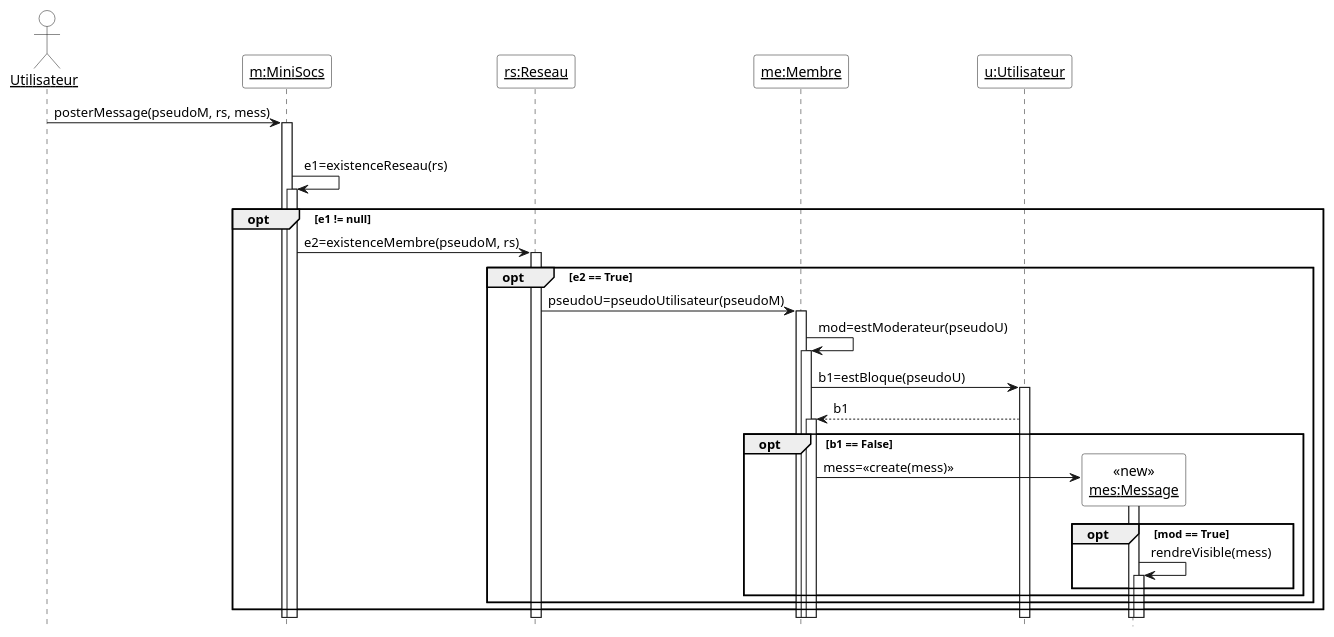
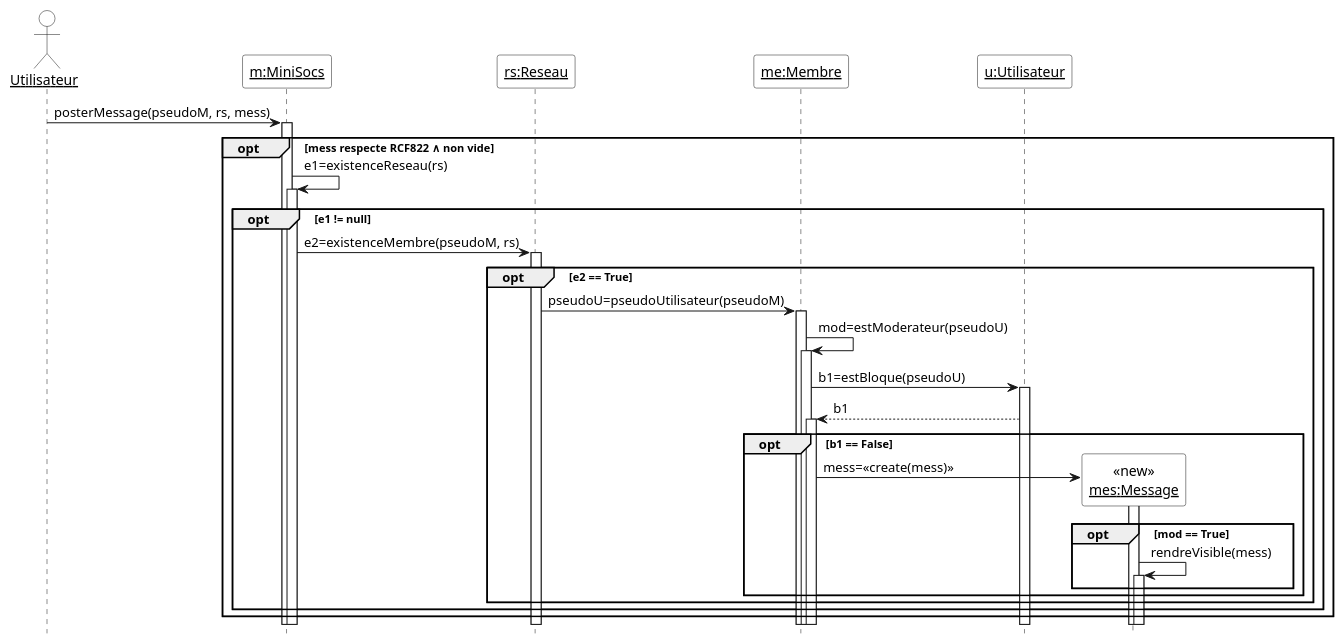
Before and after one commit to HugoKD/MiniSoc: the diagram in Diagrammes/minisocs_uml_diag_poster_mess.pu, drawn with PlantUML. The commit also changed 15 other files, not shown here.

```diff
--- a/Diagrammes/minisocs_uml_diag_poster_mess.pu
+++ b/Diagrammes/minisocs_uml_diag_poster_mess.pu
@@ -1,37 +1,39 @@
 @startuml
 
 'Diagramme de séquence (PlantUML)'
 
 'Configuration charte graphique'
 hide footbox
 skinparam sequenceParticipantBackgroundColor White
 skinparam sequenceActorBackgroundColor White
 
 'Déclaration des acteurs et des participants (déjà existants avant la séquence)'
 actor "__Utilisateur__" as user
 participant "__m:MiniSocs__" as m
 participant "__rs:Reseau__" as rs
 participant "__me:Membre__" as me
 participant "__u:Utilisateur__" as u
 
 'Séquence avec les messages, les créations de participants, etc.'
 user -> m ++ : posterMessage(pseudoM, rs, mess)
-opt pseudoM, rs, mess non null ∧ non vide
+
+opt mess respecte RCF822 ∧ non vide
   m -> m ++ : e1=existenceReseau(rs)
   opt e1 != null
     m -> rs ++ : e2=existenceMembre(pseudoM, rs)
     opt e2 == True
       rs -> me ++ : pseudoU=pseudoUtilisateur(pseudoM)
       me -> me ++ : mod=estModerateur(pseudoU)
       me -> u ++ : b1=estBloque(pseudoU)
       u --> me ++ : b1
       opt b1 == False
         create "<<new>>\n__mes:Message__" as mess
         me -> "__mes:Message__" as mess ++ : mess=<<create(mess)>>
         opt mod == True
           mess -> mess ++ : rendreVisible(mess)
 	end
     end
   end    
 end
+end
 @enduml
```
